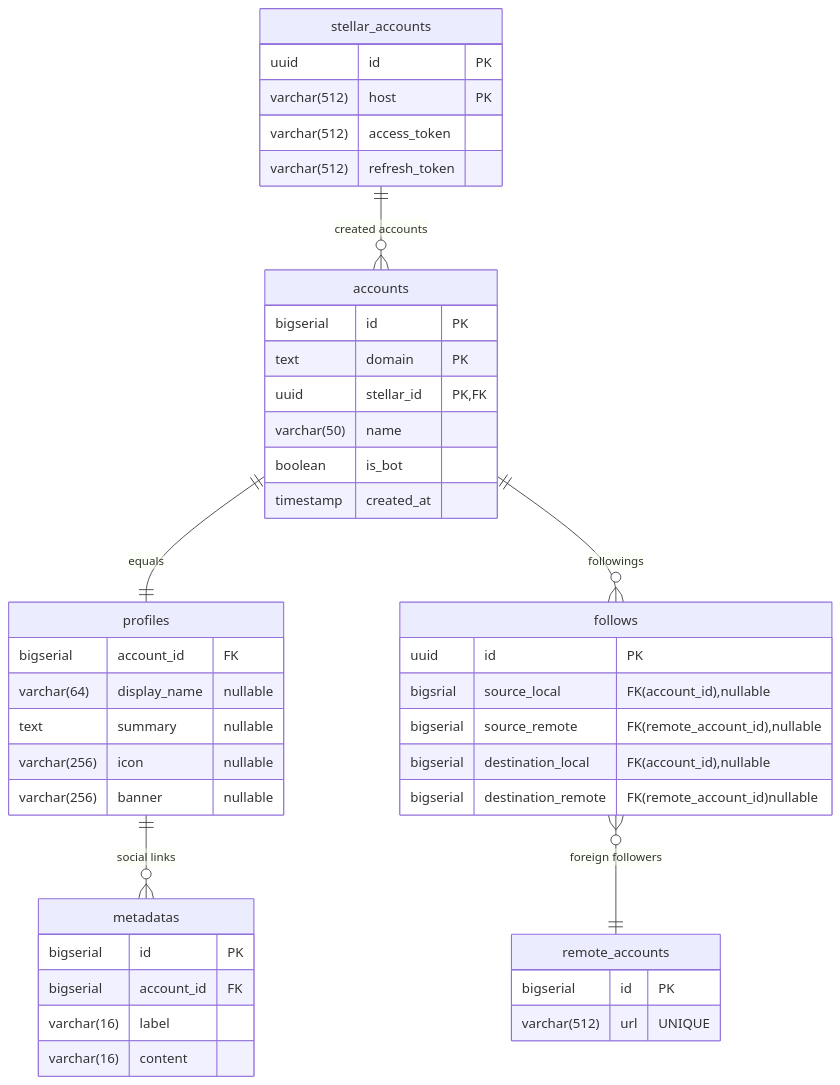
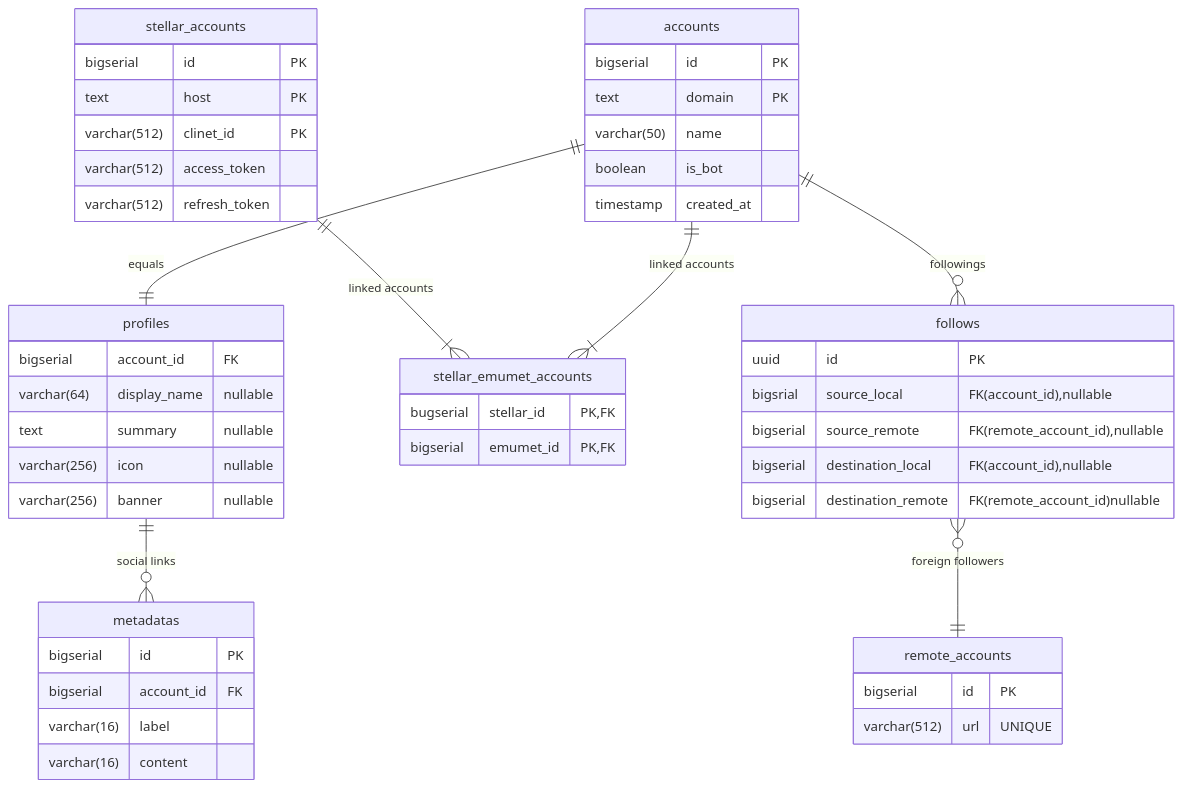
Before and after one commit to ShuttlePub/document: the diagram in docs/emumet/data-structure.md, drawn with Mermaid. The commit also changed 1 other file, not shown here.

Commit message:
Rework emumet db structure (#7)

````diff
--- a/docs/emumet/data-structure.md
+++ b/docs/emumet/data-structure.md
@@ -5,49 +5,54 @@
 ```mermaid
 erDiagram
 accounts {
 	bigserial id "PK"
 	text domain "PK"
-	uuid stellar_id "PK,FK"
 	varchar(50) name
 	boolean is_bot
 	timestamp created_at
 }
 profiles {
 	bigserial account_id "FK"
 	varchar(64) display_name "nullable"
 	text summary "nullable"
  	varchar(256) icon "nullable"
 	varchar(256) banner "nullable"
 }
 metadatas {
 	bigserial id "PK"
 	bigserial account_id "FK"
 	varchar(16) label
 	varchar(16) content
 }
 stellar_accounts {
-	uuid id "PK"
-	varchar(512) host "PK"
+	bigserial id "PK"
+	text host "PK"
+	varchar(512) clinet_id "PK"
 	varchar(512) access_token
 	varchar(512) refresh_token
+}
+stellar_emumet_accounts {
+	bugserial stellar_id "PK,FK"
+	bigserial emumet_id "PK,FK"
 }
 follows {
 	uuid id "PK"
 	bigsrial source_local "FK(account_id),nullable"
 	bigserial source_remote "FK(remote_account_id),nullable"
 	
 	bigserial destination_local "FK(account_id),nullable"
 	bigserial destination_remote "FK(remote_account_id)nullable"
 }
 
 remote_accounts {
 	bigserial id "PK"
 	varchar(512) url "UNIQUE"
 }
 
 accounts ||--|| profiles : "equals"
-stellar_accounts ||--o{ accounts : "created accounts"
+stellar_accounts ||--|{ stellar_emumet_accounts : "linked accounts"
+accounts ||--|{ stellar_emumet_accounts : "linked accounts"
 profiles ||--o{ metadatas : "social links"
 accounts ||--o{ follows : "followings"
 follows }o--|| remote_accounts : "foreign followers"
 ```
````
